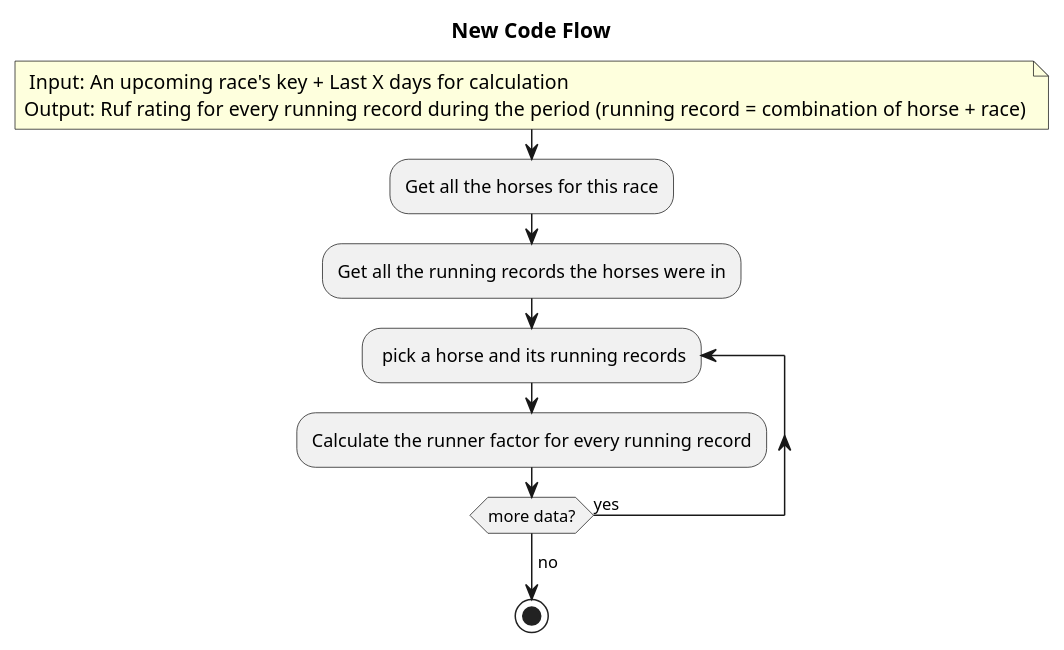
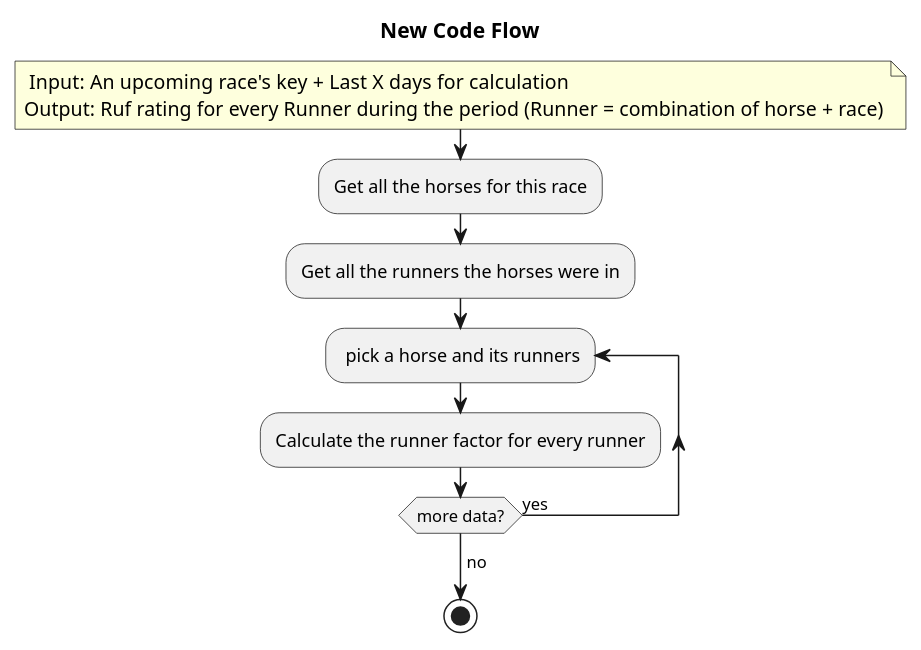
One commit to Ramadamadam/fl-track-mate-rating-algorithm changed the diagram in doc/new-code-flow/00.new-flow.puml. Above: the diagram before and after it, drawn with PlantUML. The commit also changed 3 other files, not shown here.

```diff
--- a/doc/new-code-flow/00.new-flow.puml
+++ b/doc/new-code-flow/00.new-flow.puml
@@ -1,21 +1,20 @@
 @startuml
 
 
 title New Code Flow
 note
  Input:  An upcoming race's key + Last X days for calculation
-Output:  Ruf rating for every running record during the period (running record = combination of horse + race)
+Output:  Ruf rating for every Runner during the period (Runner = combination of horse + race)
 end note
 
-
 :Get all the horses for this race;
-:Get all the running records the horses were in;
-repeat: pick a horse and its running records
-:Calculate the runner factor for every running record;
+:Get all the runners the horses were in;
+repeat: pick a horse and its runners
+:Calculate the runner factor for every runner;
 repeat while (more data?) is (yes)
 ->no;
 
 
 stop
 
 @enduml
```
